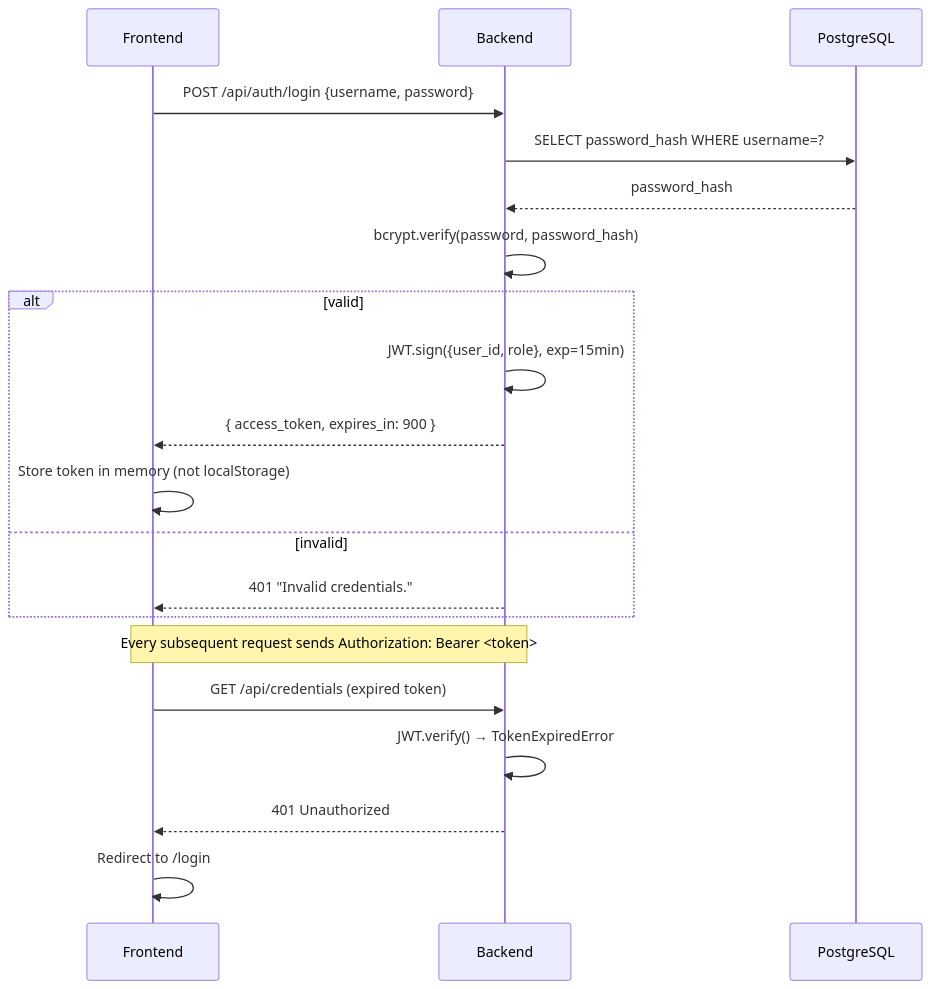
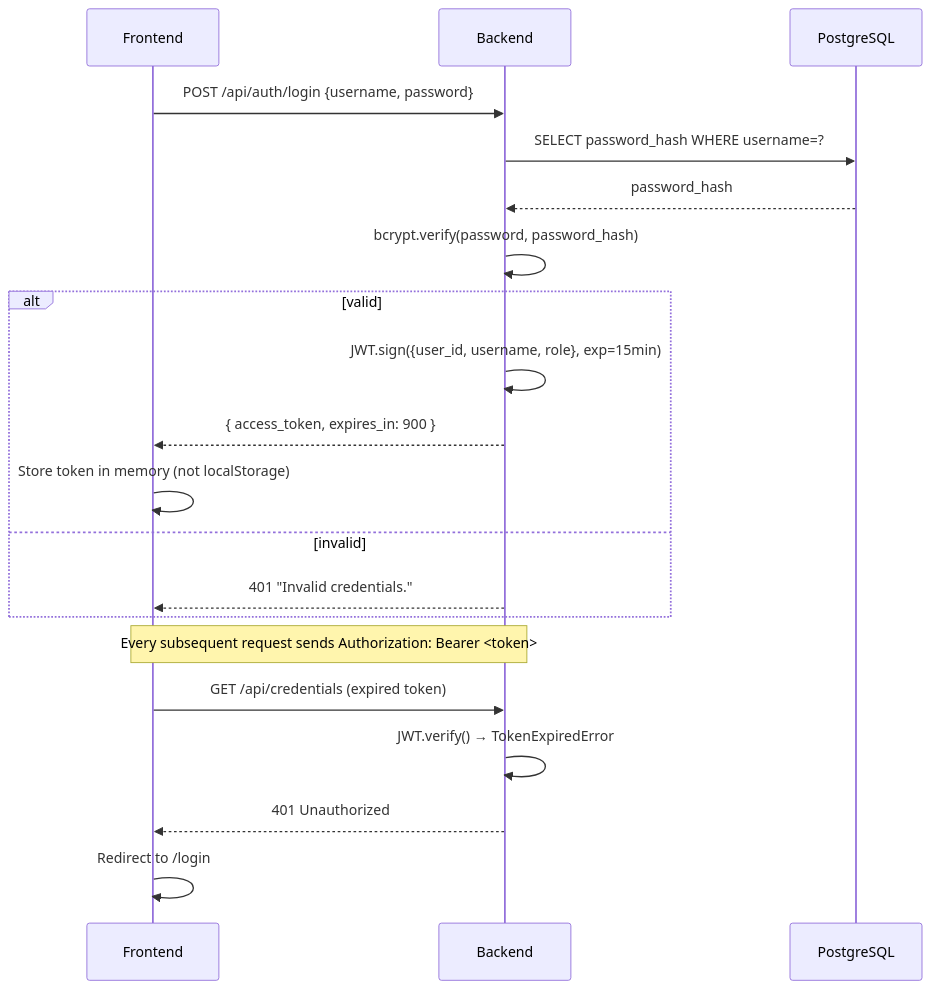
The third of 3 diagrams in .kiro/specs/password-manager-website/design.md (DarkyGr/Saving-Access), drawn with Mermaid before and after one commit. The commit also changed other lines of this file and 2 other files, not shown here.

````diff
--- a/.kiro/specs/password-manager-website/design.md
+++ b/.kiro/specs/password-manager-website/design.md
@@ -411,25 +436,25 @@
 ```mermaid
 sequenceDiagram
     participant FE as Frontend
     participant BE as Backend
     participant DB as PostgreSQL
 
     FE->>BE: POST /api/auth/login {username, password}
     BE->>DB: SELECT password_hash WHERE username=?
     DB-->>BE: password_hash
     BE->>BE: bcrypt.verify(password, password_hash)
     alt valid
-        BE->>BE: JWT.sign({user_id, role}, exp=15min)
+        BE->>BE: JWT.sign({user_id, username, role}, exp=15min)
         BE-->>FE: { access_token, expires_in: 900 }
         FE->>FE: Store token in memory (not localStorage)
     else invalid
         BE-->>FE: 401 "Invalid credentials."
     end
 
     Note over FE,BE: Every subsequent request sends Authorization: Bearer <token>
 
     FE->>BE: GET /api/credentials (expired token)
     BE->>BE: JWT.verify() → TokenExpiredError
     BE-->>FE: 401 Unauthorized
     FE->>FE: Redirect to /login
 ```
````
